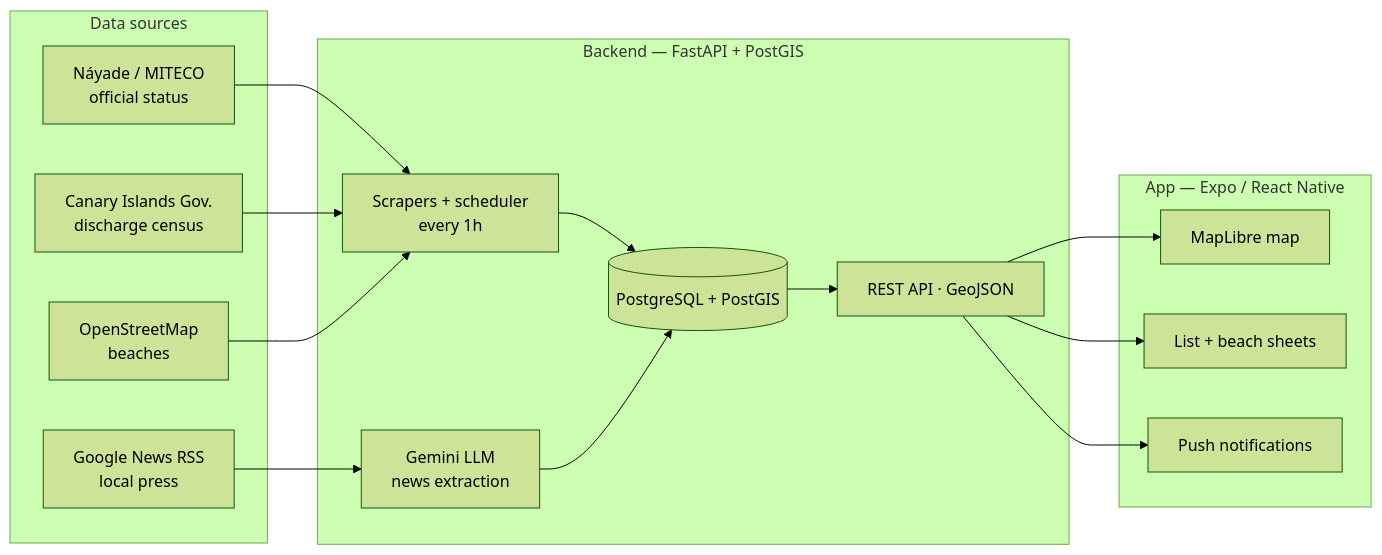
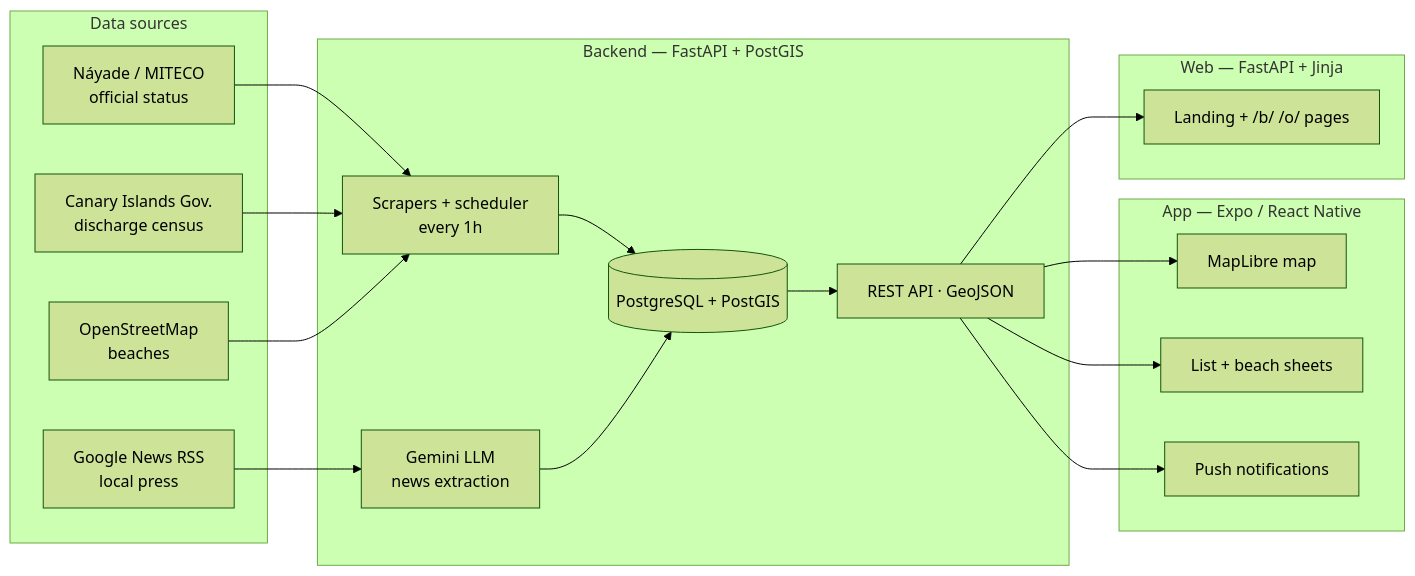
Before and after one commit to ayozegr05/checkcoast-tenerife: the diagram in README.md, drawn with Mermaid (forest theme). The commit also changed other lines of this file and 1 other file, not shown here.

First line of the commit message:
README: estado actual — ~200 playas, episodios, riesgo emisarios, web compartible

````diff
--- a/README.md
+++ b/README.md
@@ -50,30 +59,34 @@
 ```mermaid
 flowchart LR
     subgraph Sources["Data sources"]
         N["Náyade / MITECO<br>official status"]
         C["Canary Islands Gov.<br>discharge census"]
         O["OpenStreetMap<br>beaches"]
         P["Google News RSS<br>local press"]
     end
     subgraph Backend["Backend — FastAPI + PostGIS"]
         S["Scrapers + scheduler<br>every 1h"]
         L["Gemini LLM<br>news extraction"]
         DB[("PostgreSQL + PostGIS")]
         API["REST API · GeoJSON"]
     end
     subgraph App["App — Expo / React Native"]
         M["MapLibre map"]
         LI["List + beach sheets"]
         PU["Push notifications"]
     end
+    subgraph Web["Web — FastAPI + Jinja"]
+        W["Landing + /b/ /o/ pages"]
+    end
     N --> S
     C --> S
     O --> S
     P --> L
     S --> DB
     L --> DB
     DB --> API
     API --> M
     API --> LI
     API --> PU
+    API --> W
 ```
````
